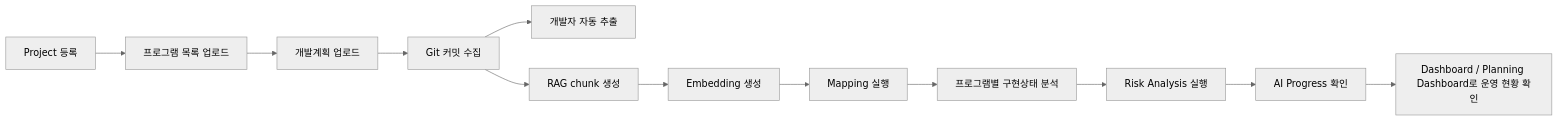
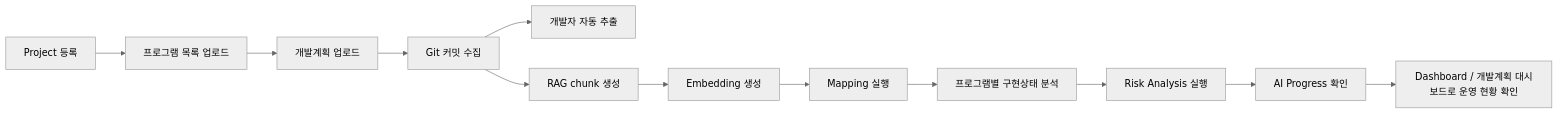
Before and after one commit to ino5/ai-commit-advisor-26: the seventh of 7 diagrams in README_ARCHITECTURE.md, drawn with Mermaid (neutral theme). The commit also changed other lines of this file and 12 other files, not shown here.

````diff
--- a/README_ARCHITECTURE.md
+++ b/README_ARCHITECTURE.md
@@ -595,14 +598,14 @@
 ```mermaid
 flowchart LR
     A["Project 등록"] --> B["프로그램 목록 업로드"]
     B --> C["개발계획 업로드"]
     C --> D["Git 커밋 수집"]
     D --> E["개발자 자동 추출"]
     D --> F["RAG chunk 생성"]
     F --> G["Embedding 생성"]
     G --> H["Mapping 실행"]
     H --> I["프로그램별 구현상태 분석"]
     I --> J["Risk Analysis 실행"]
     J --> K["AI Progress 확인"]
-    K --> L["Dashboard / Planning Dashboard로 운영 현황 확인"]
+    K --> L["Dashboard / 개발계획 대시보드로 운영 현황 확인"]
 ```
````
